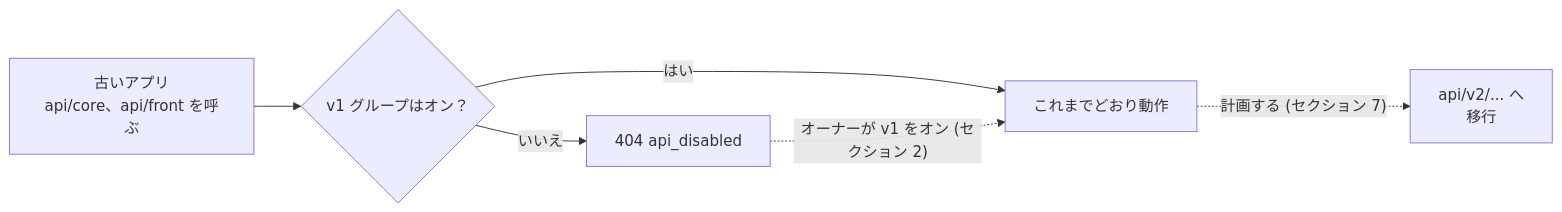
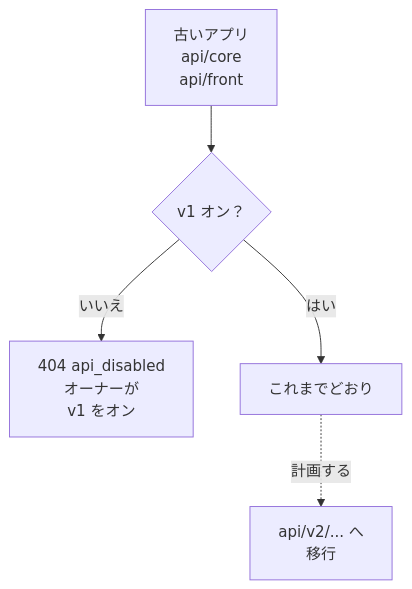
One commit to gp247net/gp247-docs changed the diagram in api/api-v1_ja.md. Above: the diagram before and after it, drawn with Mermaid. The commit also changed other lines of this file and 44 other files, not shown here.

First line of the commit message:
docs: redraw oversized diagrams in security, API and MCP docs (vi/en/ja)

````diff
--- a/api/api-v1_ja.md
+++ b/api/api-v1_ja.md
@@ -22,8 +22,7 @@
 ```mermaid
-flowchart LR
-    A["古いアプリ<br/>api/core、api/front を呼ぶ"] --> B{"v1 グループはオン？"}
-    B -- "いいえ" --> C["404 api_disabled"]
-    B -- "はい" --> D["これまでどおり動作"]
-    C -.->|"オーナーが v1 をオン (セクション 2)"| D
-    D -.->|"計画する (セクション 7)"| E["api/v2/... へ<br/>移行"]
+flowchart TB
+    A["古いアプリ<br/>api/core<br/>api/front"] --> B{"v1 オン？"}
+    B -- "いいえ" --> C["404 api_disabled<br/>オーナーが<br/>v1 をオン"]
+    B -- "はい" --> D["これまでどおり"]
+    D -.->|"計画する"| E["api/v2/... へ<br/>移行"]
 ```
````
